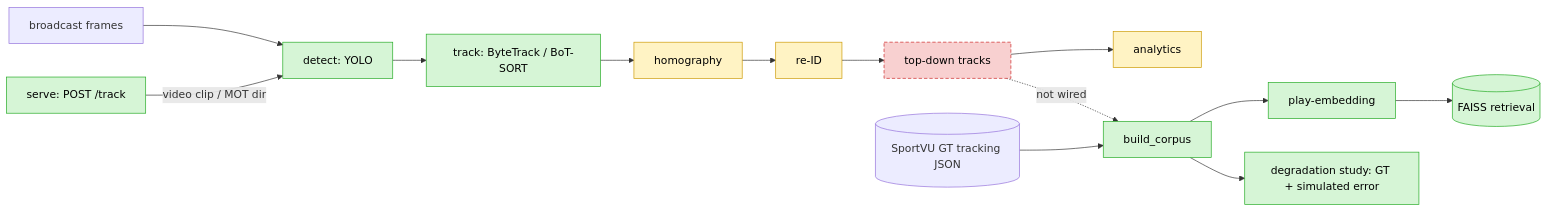
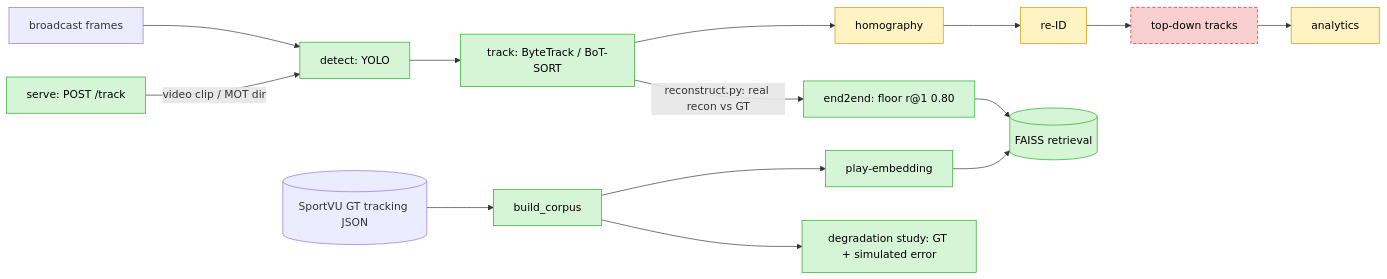
The diagram in README.md (skandula9273/nba-broadcast-tracking), drawn with Mermaid before and after one commit. The commit also changed other lines of this file and 6 other files, not shown here.

````diff
--- a/README.md
+++ b/README.md
@@ -103,17 +107,17 @@
 ```mermaid
 flowchart LR
     V[broadcast frames] --> DET[detect: YOLO] --> TRK[track: ByteTrack / BoT-SORT]
     TRK --> HOM[homography] --> RID[re-ID] --> DOTS[top-down tracks]
     DOTS --> ANA[analytics]
     SV[(SportVU GT tracking JSON)] --> CORP[build_corpus] --> ENC[play-embedding] --> IDX[(FAISS retrieval)]
     CORP --> STUDY[degradation study: GT + simulated error]
-    DOTS -. not wired .-> CORP
+    TRK -->|reconstruct.py: real recon vs GT| E2E[end2end: floor r@1 0.80] --> IDX
     SRV[serve: POST /track] -->|video clip / MOT dir| DET
 
-    class DET,TRK,CORP,ENC,IDX,STUDY,SRV run
+    class DET,TRK,CORP,ENC,IDX,STUDY,SRV,E2E run
     class HOM,RID,ANA partial
     class DOTS stub
     classDef run fill:#d6f5d6,stroke:#2a2,color:#000
     classDef partial fill:#fff3c4,stroke:#c90,color:#000
     classDef stub fill:#f8d0d0,stroke:#c22,color:#000,stroke-dasharray:5 3
 ```
````
